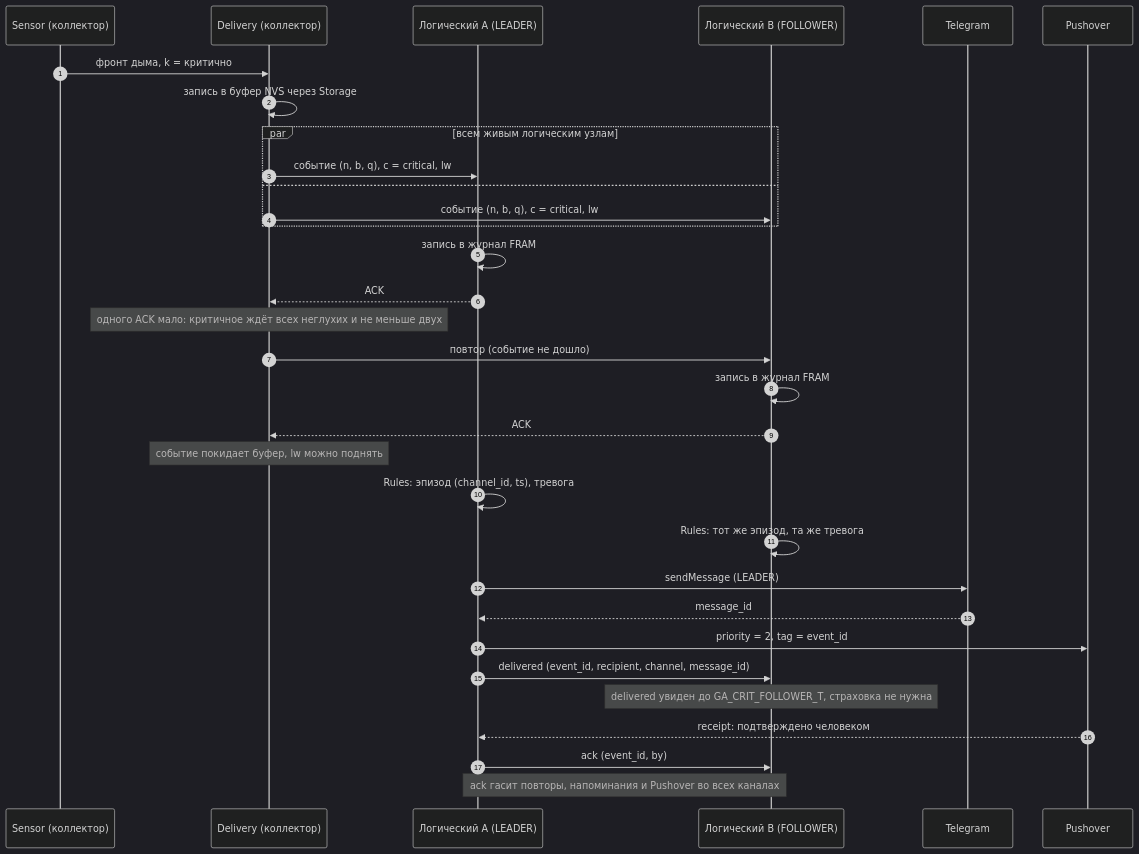
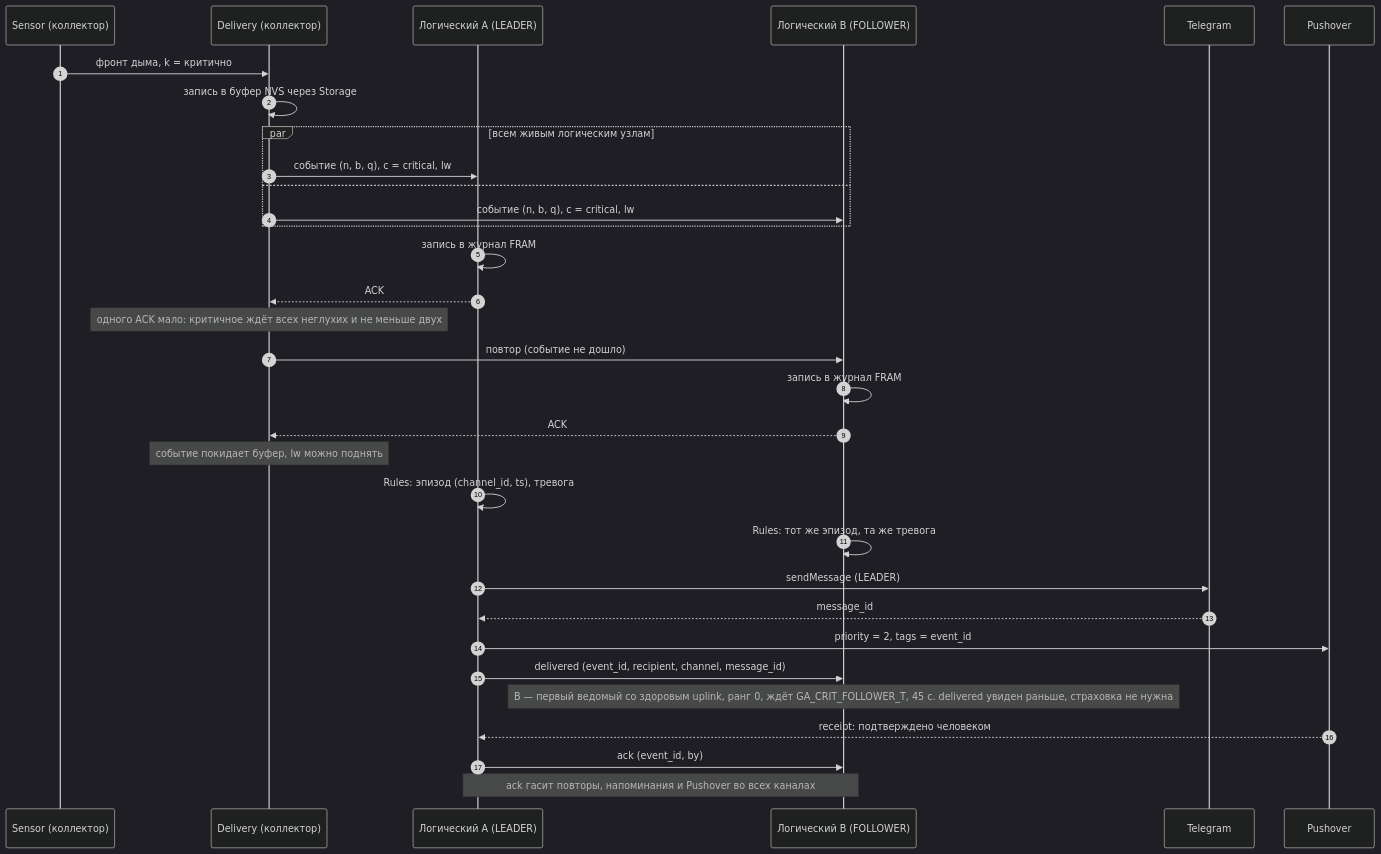
One commit to wol-micro/garageAlarms2.0 changed the third of 8 diagrams in _bmad-output/planning-artifacts/protocols-reference/garageAlarms2-протоколы.md. Above: the diagram before and after it, drawn with Mermaid (dark theme). The commit also changed other lines of this file and 6 other files, not shown here.

````diff
--- a/_bmad-output/planning-artifacts/protocols-reference/garageAlarms2-протоколы.md
+++ b/_bmad-output/planning-artifacts/protocols-reference/garageAlarms2-протоколы.md
@@ -385,34 +386,34 @@
 ```mermaid
 sequenceDiagram
   autonumber
   participant S as Sensor (коллектор)
   participant D as Delivery (коллектор)
   participant A as Логический A (LEADER)
   participant B as Логический B (FOLLOWER)
   participant TG as Telegram
   participant PO as Pushover
   S->>D: фронт дыма, k = критично
   D->>D: запись в буфер NVS через Storage
   par всем живым логическим узлам
     D->>A: событие (n, b, q), c = critical, lw
   and
     D->>B: событие (n, b, q), c = critical, lw
   end
   A->>A: запись в журнал FRAM
   A-->>D: ACK
   Note over D: одного ACK мало: критичное ждёт всех неглухих и не меньше двух
   D->>B: повтор (событие не дошло)
   B->>B: запись в журнал FRAM
   B-->>D: ACK
   Note over D: событие покидает буфер, lw можно поднять
   A->>A: Rules: эпизод (channel_id, ts), тревога
   B->>B: Rules: тот же эпизод, та же тревога
   A->>TG: sendMessage (LEADER)
   TG-->>A: message_id
-  A->>PO: priority = 2, tag = event_id
+  A->>PO: priority = 2, tags = event_id
   A->>B: delivered (event_id, recipient, channel, message_id)
-  Note over B: delivered увиден до GA_CRIT_FOLLOWER_T, страховка не нужна
+  Note over B: B — первый ведомый со здоровым uplink, ранг 0, ждёт GA_CRIT_FOLLOWER_T, 45 с. delivered увиден раньше, страховка не нужна
   PO-->>A: receipt: подтверждено человеком
   A->>B: ack (event_id, by)
   Note over A,B: ack гасит повторы, напоминания и Pushover во всех каналах
 ```
````
